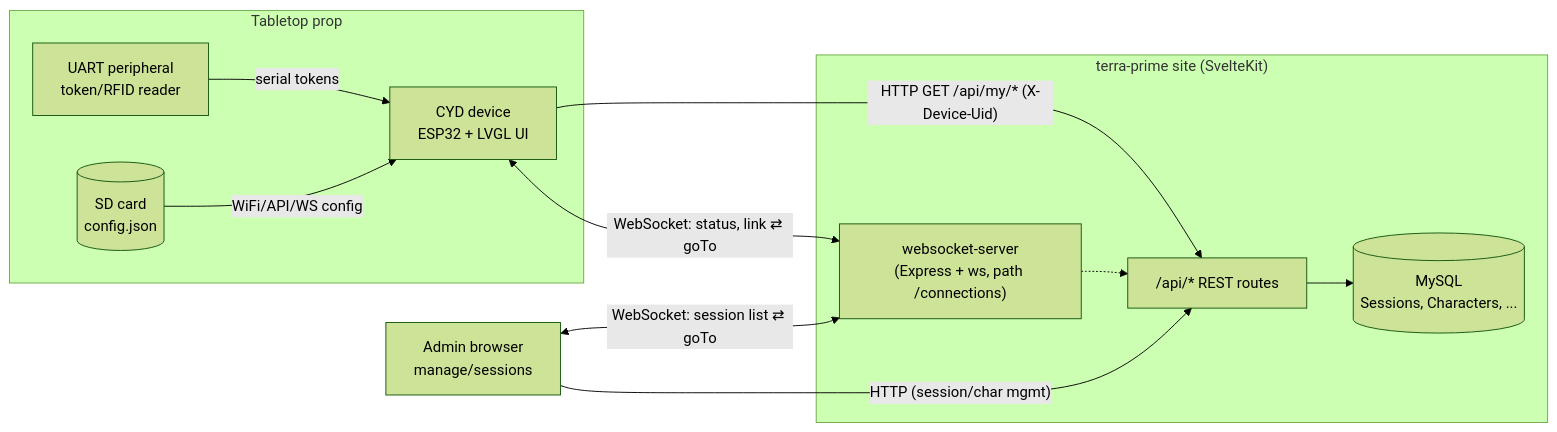
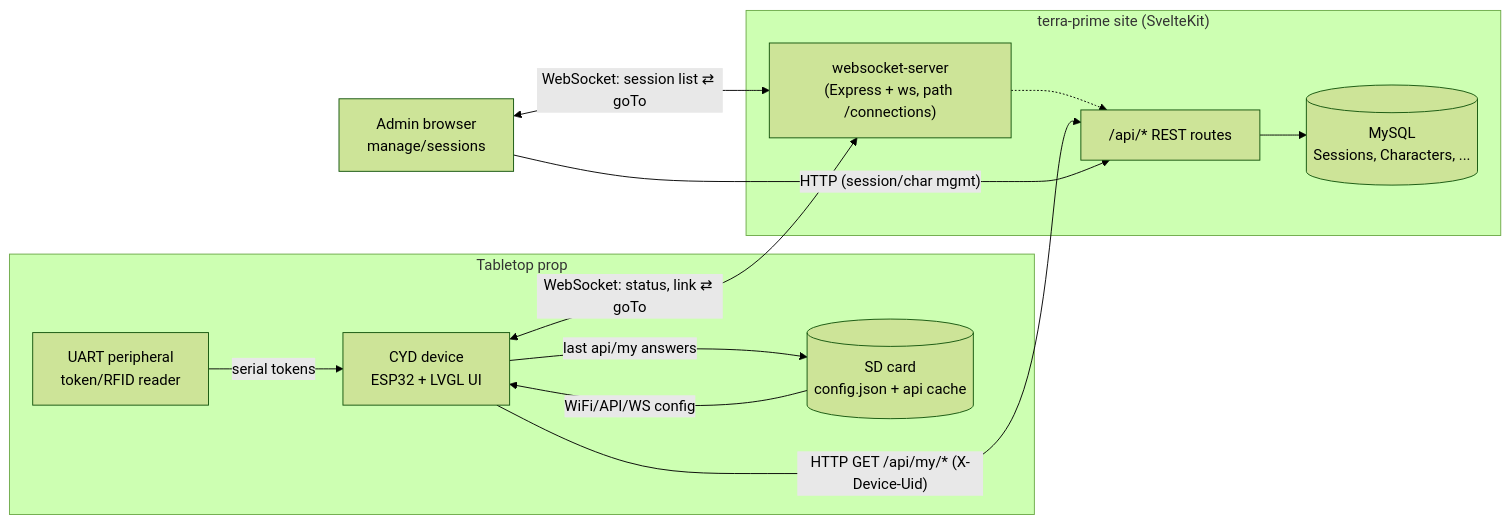
Before and after one commit to yodivdhende/terra-prime: the first of 7 diagrams in docs/CYD_DESIGN.md, drawn with Mermaid (forest theme). The commit also changed other lines of this file and 10 other files, not shown here.

````diff
--- a/docs/CYD_DESIGN.md
+++ b/docs/CYD_DESIGN.md
@@ -36,25 +36,26 @@
 ```mermaid
 flowchart LR
     subgraph Table["Tabletop prop"]
         UART[UART peripheral\ntoken/RFID reader]
-        SD[(SD card\nconfig.json)]
+        SD[(SD card\nconfig.json + api cache)]
         CYD["CYD device\nESP32 + LVGL UI"]
         UART -- "serial tokens" --> CYD
         SD -- "WiFi/API/WS config" --> CYD
+        CYD -- "last api/my answers" --> SD
     end
 
     subgraph Site["terra-prime site (SvelteKit)"]
         API["/api/* REST routes"]
         WS["websocket-server\n(Express + ws, path /connections)"]
         DB[(MySQL\nSessions, Characters, ...)]
         API --> DB
         WS -.-> API
     end
 
     Admin["Admin browser\nmanage/sessions"]
 
     CYD -- "HTTP GET /api/my/* (X-Device-Uid)" --> API
     CYD <-- "WebSocket: status, link ⇄ goTo" --> WS
     Admin <-- "WebSocket: session list ⇄ goTo" --> WS
     Admin -- "HTTP (session/char mgmt)" --> API
 ```
````
